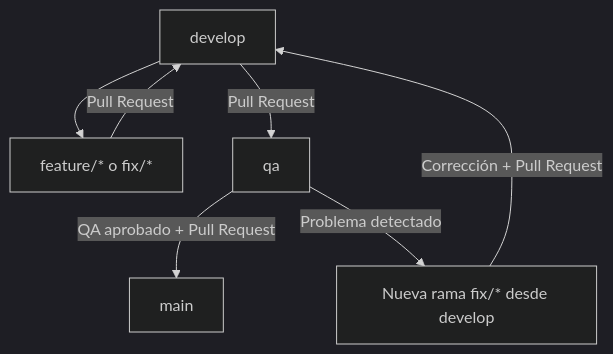
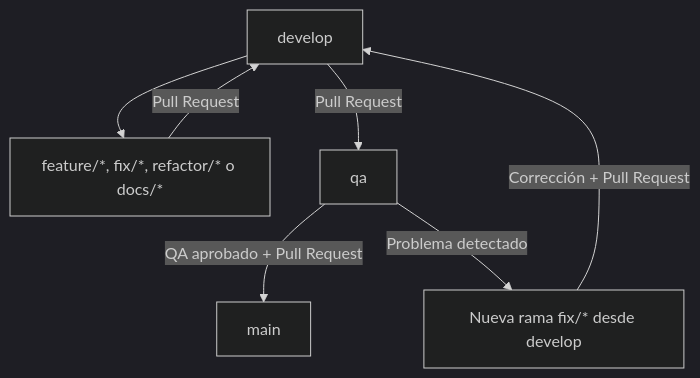
One commit to bootcamp-uchile-2026/grupo-2-backend changed the second of 2 diagrams in README.md. Above: the diagram before and after it, drawn with Mermaid (dark theme). The commit also changed other lines of this file and 2 other files, not shown here.

````diff
--- a/README.md
+++ b/README.md
@@ -228,9 +523,9 @@
 ```mermaid
 flowchart TD
-    A["develop"] --> B["feature/* o fix/*"]
+    A["develop"] --> B["feature/*, fix/*, refactor/* o docs/*"]
     B -->|Pull Request| A
     A -->|Pull Request| C["qa"]
     C -->|QA aprobado + Pull Request| D["main"]
     C -->|Problema detectado| E["Nueva rama fix/* desde develop"]
     E -->|Corrección + Pull Request| A
 ```
````
